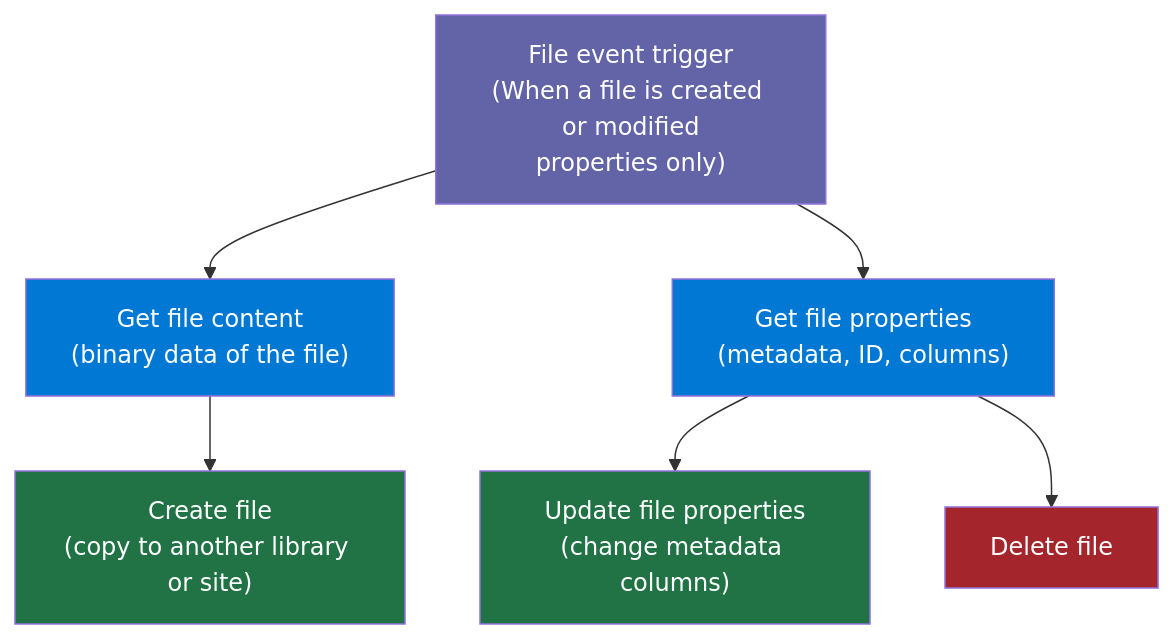
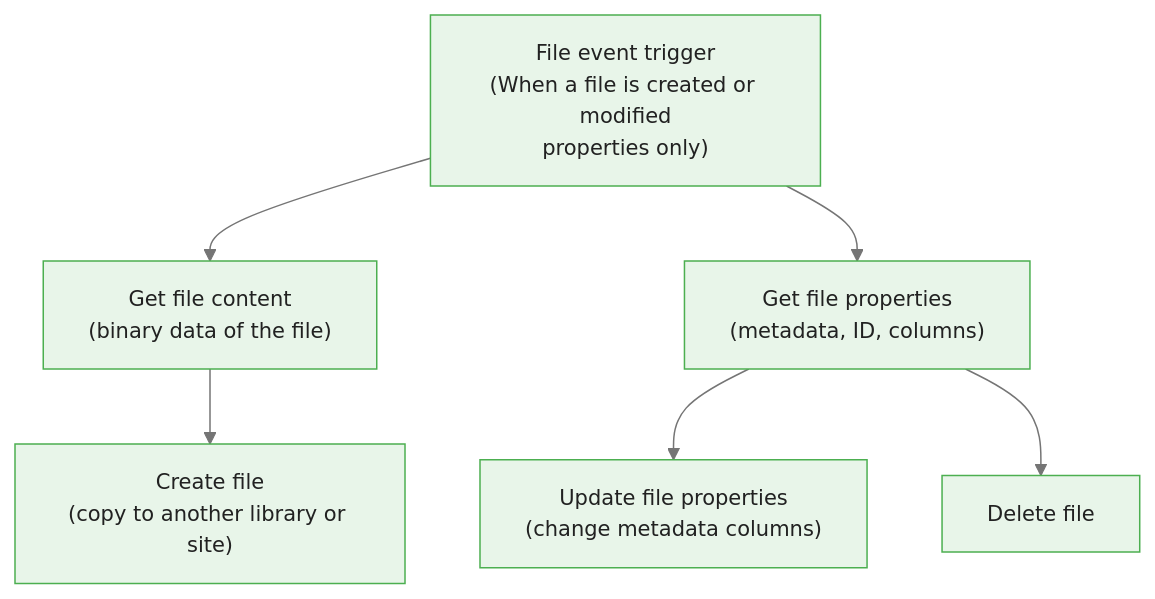
One commit to m-deane/course-creator changed the sixth of 10 diagrams in courses/power-automate/modules/module_05_sharepoint_excel/guides/01_sharepoint_integration_slides.md. Above: the diagram before and after it, drawn with Mermaid. The commit also changed other lines of this file and 72 other files, not shown here.

````diff
--- a/courses/power-automate/modules/module_05_sharepoint_excel/guides/01_sharepoint_integration_slides.md
+++ b/courses/power-automate/modules/module_05_sharepoint_excel/guides/01_sharepoint_integration_slides.md
@@ -200,15 +218,10 @@
 ```mermaid
+%%{init: {"theme": "base", "themeVariables": {"primaryColor": "#e8f5e9", "primaryBorderColor": "#4caf50", "primaryTextColor": "#212121", "secondaryColor": "#e3f2fd", "tertiaryColor": "#fff8e1", "lineColor": "#757575", "fontFamily": "Inter, sans-serif", "fontSize": "14px"}}}%%
 graph TD
     T["File event trigger\n(When a file is created or modified\nproperties only)"]
     T --> GC["Get file content\n(binary data of the file)"]
     T --> GP["Get file properties\n(metadata, ID, columns)"]
     GC --> CF["Create file\n(copy to another library or site)"]
     GP --> UP["Update file properties\n(change metadata columns)"]
     GP --> DE["Delete file"]
-    style T fill:#6264A7,color:#fff
-    style GC fill:#0078D4,color:#fff
-    style GP fill:#0078D4,color:#fff
-    style CF fill:#217346,color:#fff
-    style UP fill:#217346,color:#fff
-    style DE fill:#A4262C,color:#fff
 ```
````
